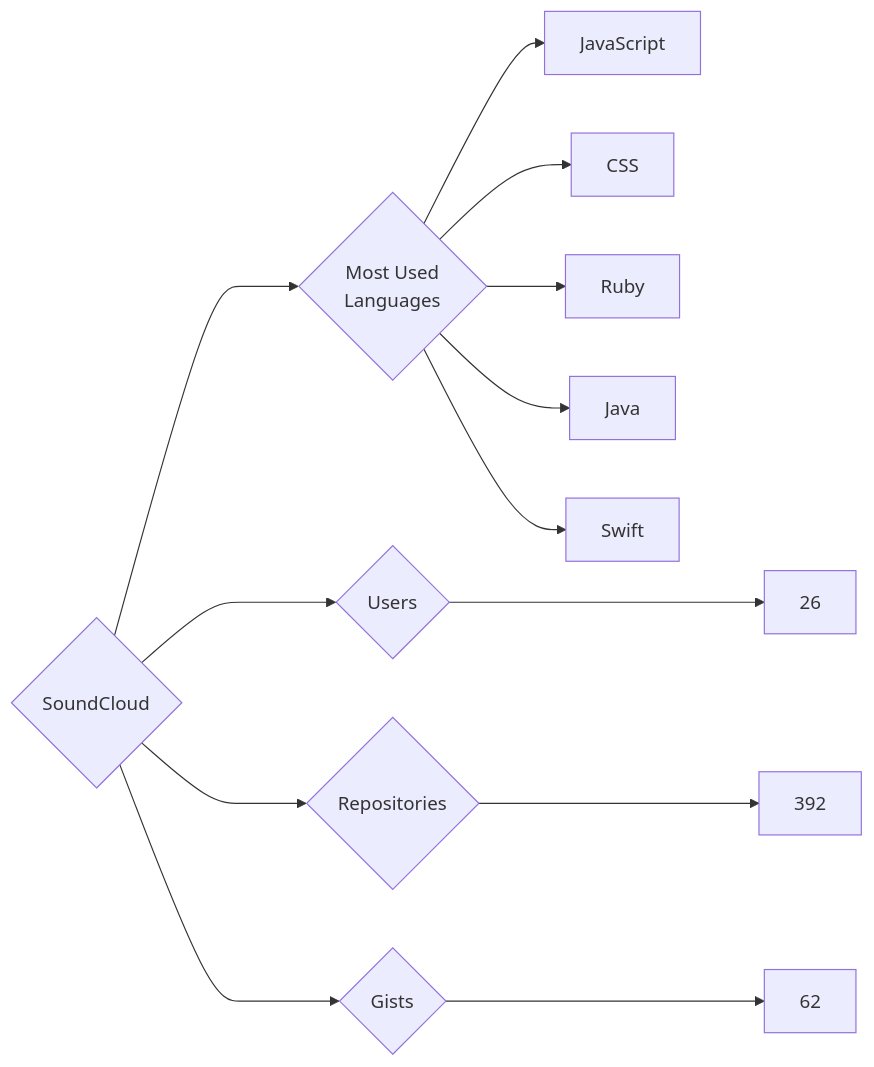
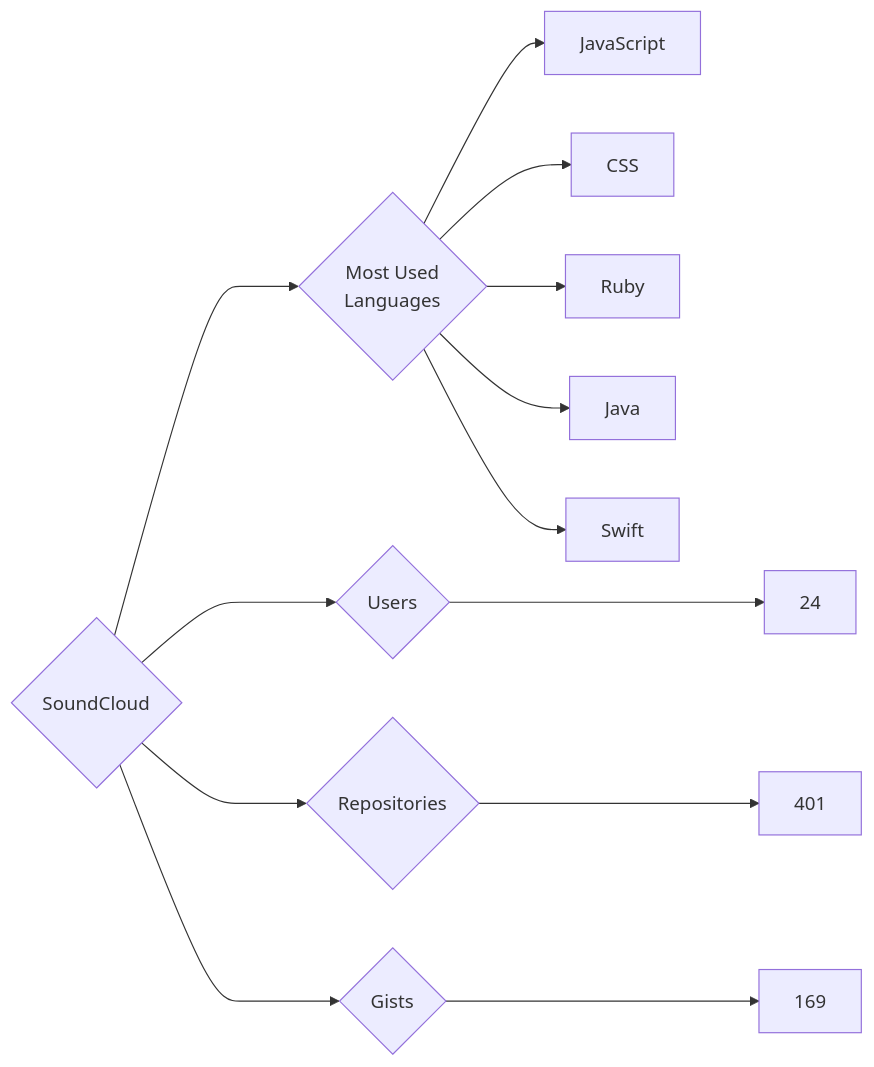
Before and after one commit to trickest/insiders: the diagram in targets/SoundCloud/README.md, drawn with Mermaid. The commit also changed 765 other files, not shown here.

````diff
--- a/targets/SoundCloud/README.md
+++ b/targets/SoundCloud/README.md
@@ -3,13 +3,13 @@
 ```mermaid
 graph LR
 COMPANY_NAME{SoundCloud}
-COMPANY_NAME ---> U{Users} ---> UN[26]
-COMPANY_NAME ---> R{Repositories} ---> RN[392]
-COMPANY_NAME ---> G{Gists} ---> GN[62]
+COMPANY_NAME ---> U{Users} ---> UN[24]
+COMPANY_NAME ---> R{Repositories} ---> RN[401]
+COMPANY_NAME ---> G{Gists} ---> GN[169]
 COMPANY_NAME ---> ML{Most Used<br>Languages}
 ML --> JavaScript[JavaScript]
 ML --> CSS[CSS]
 ML --> Ruby[Ruby]
 ML --> Java[Java]
 ML --> Swift[Swift]
 ```
````
